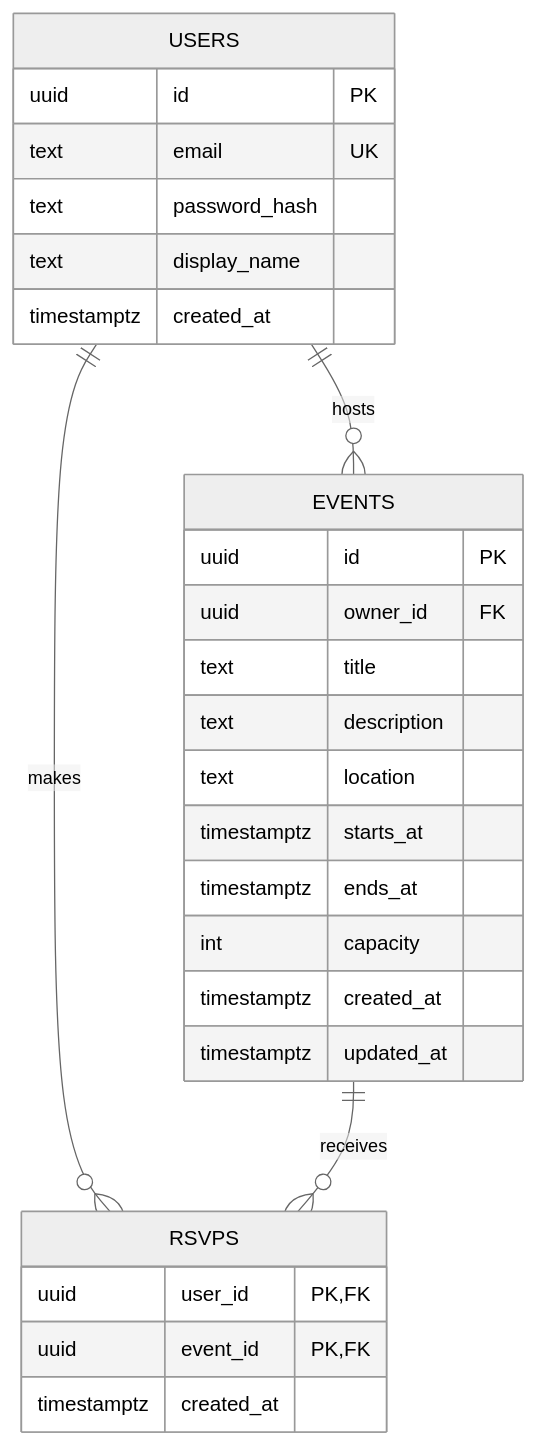
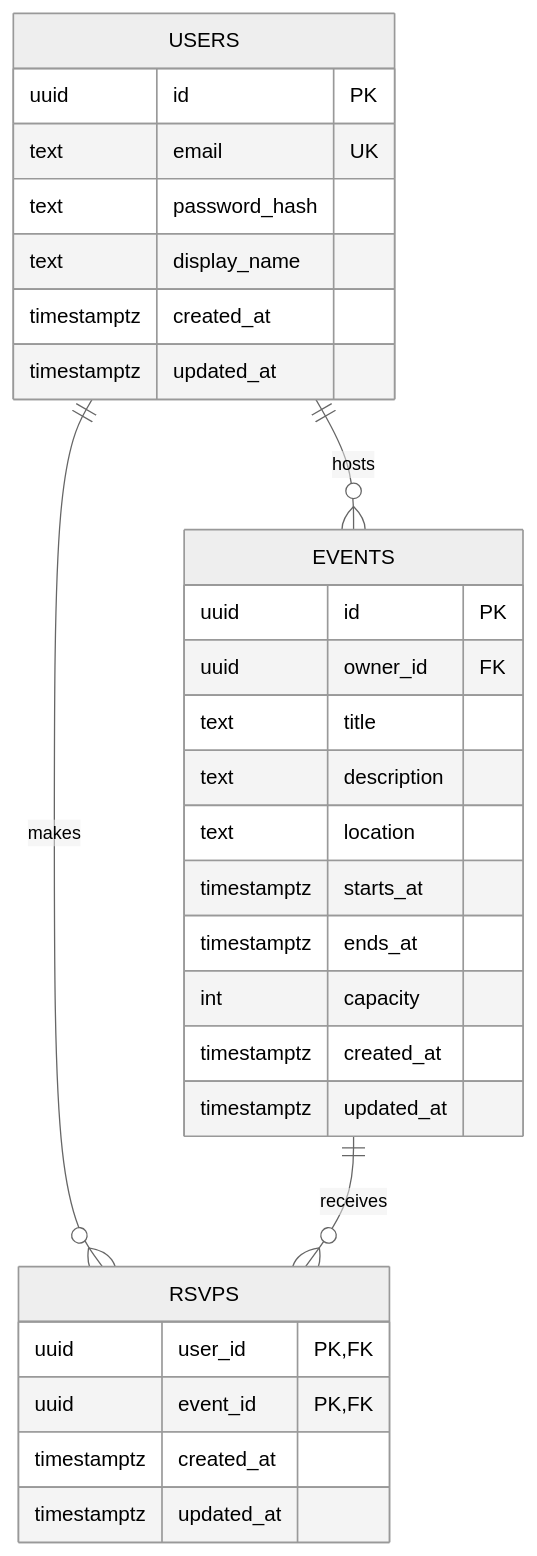
Before and after one commit to mishkatmustafid/gather: the second of 2 diagrams in README.md, drawn with Mermaid (neutral theme). The commit also changed other lines of this file, not shown here.

Commit message:
feat: update README with API documentation and schema changes

````diff
--- a/README.md
+++ b/README.md
@@ -47,31 +47,33 @@
 ```mermaid
 erDiagram
   USERS ||--o{ EVENTS : hosts
   USERS ||--o{ RSVPS : makes
   EVENTS ||--o{ RSVPS : receives
 
   USERS {
     uuid id PK
     text email UK
     text password_hash
     text display_name
     timestamptz created_at
+    timestamptz updated_at
   }
   EVENTS {
     uuid id PK
     uuid owner_id FK
     text title
     text description
     text location
     timestamptz starts_at
     timestamptz ends_at
     int capacity
     timestamptz created_at
     timestamptz updated_at
   }
   RSVPS {
     uuid user_id PK, FK
     uuid event_id PK, FK
     timestamptz created_at
+    timestamptz updated_at
   }
 ```
````
